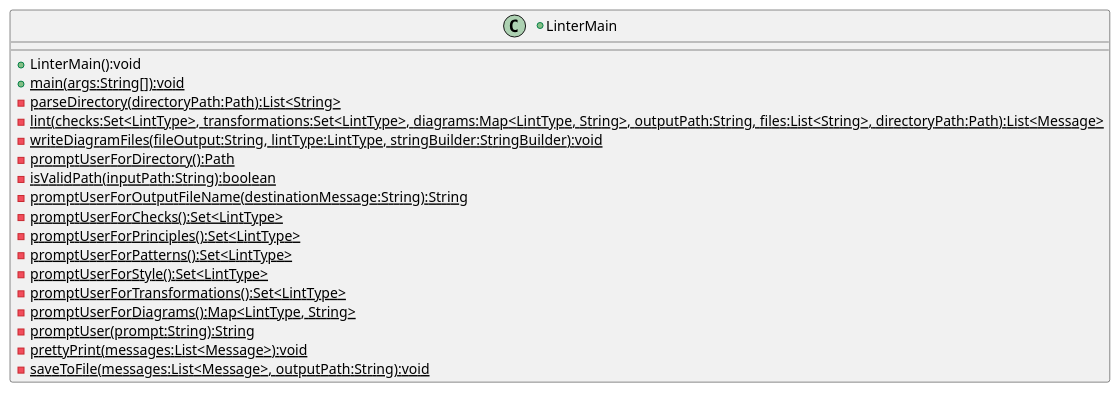
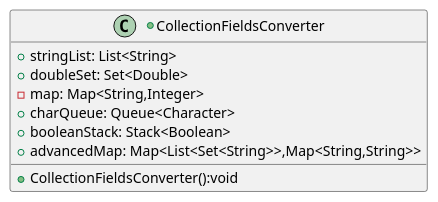
The diagram in output.puml (abeGizaw/JavaUMLCreator), drawn with PlantUML before and after one commit. The commit also changed 3 other files, not shown here.

```diff
--- a/output.puml
+++ b/output.puml
@@ -1,22 +1,12 @@
 @startuml
-+class LinterMain{
-	+LinterMain():void
-	+{static}main(args:String[]):void
-	-{static}parseDirectory(directoryPath:Path):List<String>
-	-{static}lint(checks:Set<LintType>, transformations:Set<LintType>, diagrams:Map<LintType, String>, outputPath:String, files:List<String>, directoryPath:Path):List<Message>
-	-{static}writeDiagramFiles(fileOutput:String, lintType:LintType, stringBuilder:StringBuilder):void
-	-{static}promptUserForDirectory():Path
-	-{static}isValidPath(inputPath:String):boolean
-	-{static}promptUserForOutputFileName(destinationMessage:String):String
-	-{static}promptUserForChecks():Set<LintType>
-	-{static}promptUserForPrinciples():Set<LintType>
-	-{static}promptUserForPatterns():Set<LintType>
-	-{static}promptUserForStyle():Set<LintType>
-	-{static}promptUserForTransformations():Set<LintType>
-	-{static}promptUserForDiagrams():Map<LintType, String>
-	-{static}promptUser(prompt:String):String
-	-{static}prettyPrint(messages:List<Message>):void
-	-{static}saveToFile(messages:List<Message>, outputPath:String):void
++class CollectionFieldsConverter{
+	+ stringList: List<String>
+	+ doubleSet: Set<Double>
+	- map: Map<String,Integer>
+	+ charQueue: Queue<Character>
+	+ booleanStack: Stack<Boolean>
+	+ advancedMap: Map<List<Set<String>>,Map<String,String>>
+	+CollectionFieldsConverter():void
 	}
 
 @enduml
```
